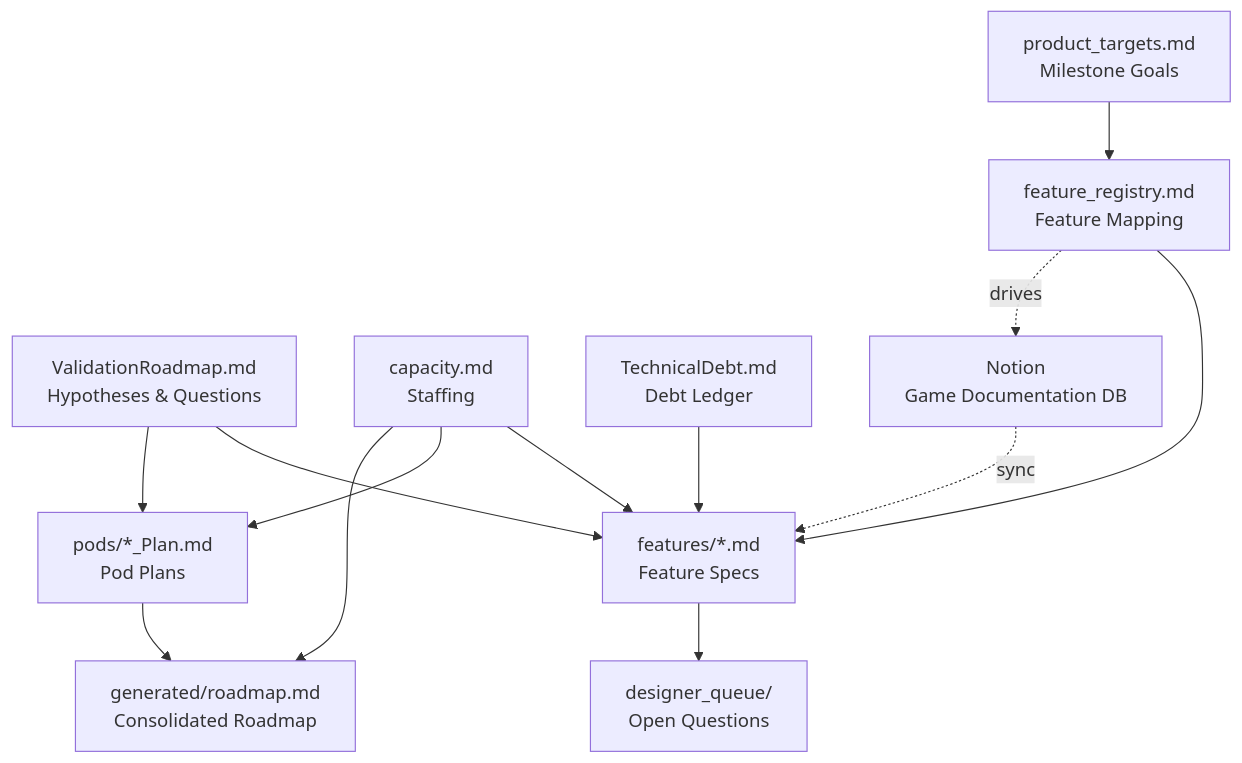
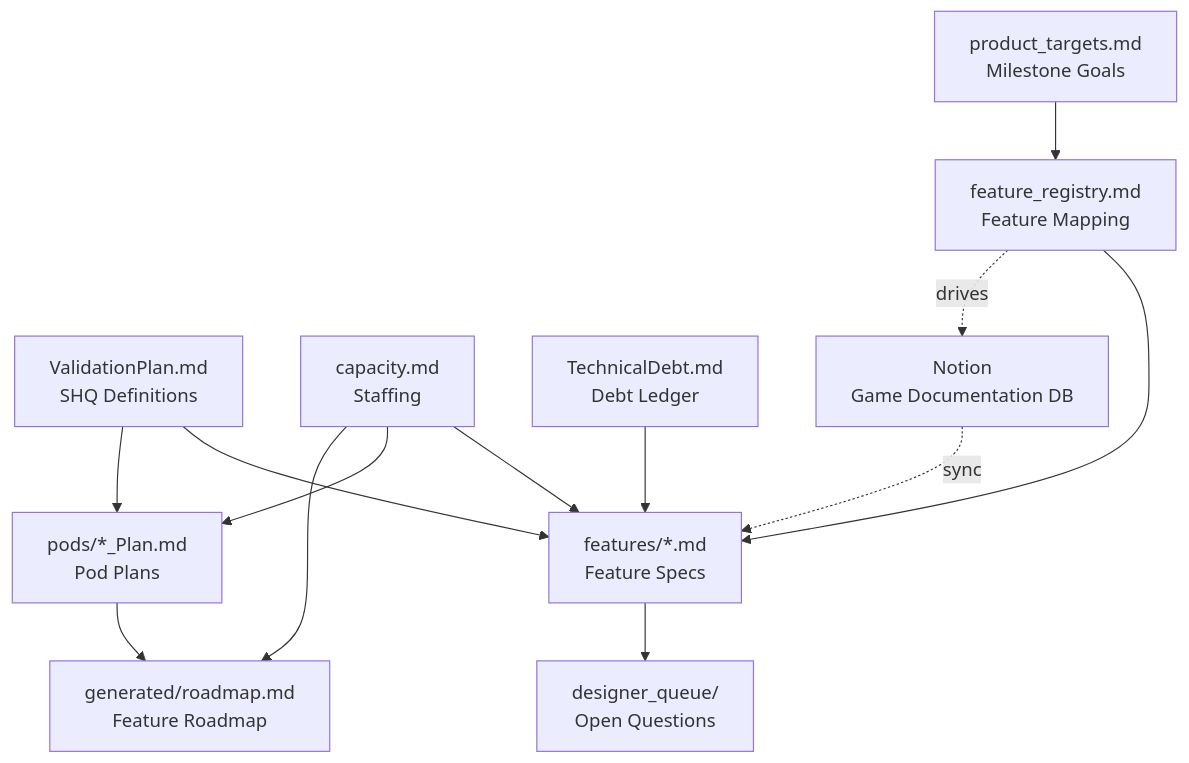
The second of 2 diagrams in project-charter.md (timwilliams-prod/proj-chimera-documentation-brain), drawn with Mermaid before and after one commit. The commit also changed other lines of this file and 108 other files, not shown here.

Commit message:
Updating ValidationRoadmap.md -> ValidationPlan.md and making a validation roadmap skill

````diff
--- a/project-charter.md
+++ b/project-charter.md
@@ -173,16 +246,16 @@
 ```mermaid
 graph TD
     PT[product_targets.md<br/>Milestone Goals] --> FR[feature_registry.md<br/>Feature Mapping]
     FR --> FS[features/*.md<br/>Feature Specs]
-    VR[ValidationRoadmap.md<br/>Hypotheses & Questions] --> FS
-    VR --> PP[pods/*_Plan.md<br/>Pod Plans]
+    VP[ValidationPlan.md<br/>SHQ Definitions] --> FS
+    VP --> PP[pods/*_Plan.md<br/>Pod Plans]
     CAP[capacity.md<br/>Staffing] --> FS
     CAP --> PP
-    CAP --> RD[generated/roadmap.md<br/>Consolidated Roadmap]
+    CAP --> RD[generated/roadmap.md<br/>Feature Roadmap]
     PP --> RD
     FS --> DQ[designer_queue/<br/>Open Questions]
     TD[TechnicalDebt.md<br/>Debt Ledger] --> FS
 
     NOTION[Notion<br/>Game Documentation DB] -.sync.-> FS
     FR -.drives.-> NOTION
 ```
````
